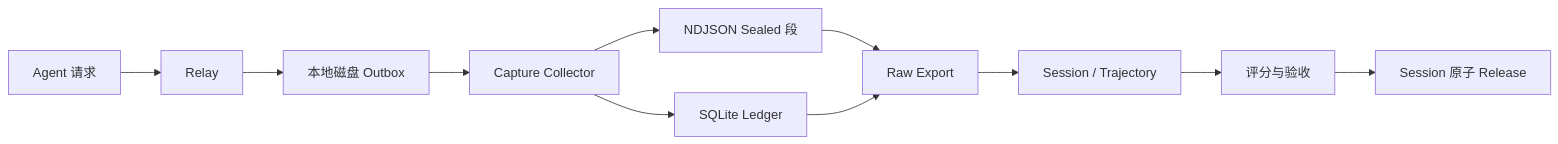
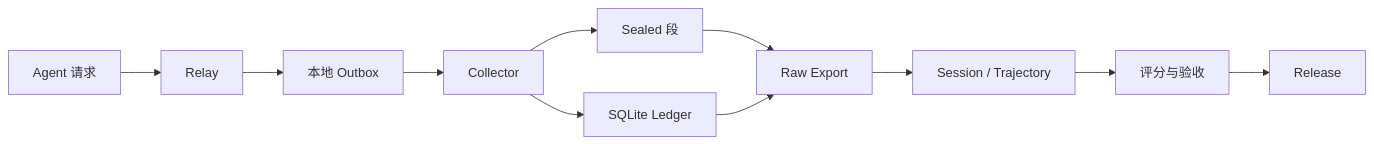
Before and after one commit to XS-MLVP/ChipTrace: the diagram in README.md, drawn with Mermaid. The commit also changed other lines of this file, not shown here.

````diff
--- a/README.md
+++ b/README.md
@@ -31,13 +142,13 @@
 ```mermaid
 flowchart LR
     A[Agent 请求] --> B[Relay]
-    B --> C[本地磁盘 Outbox]
-    C --> D[Capture Collector]
-    D --> E[NDJSON Sealed 段]
+    B --> C[本地 Outbox]
+    C --> D[Collector]
+    D --> E[Sealed 段]
     D --> F[SQLite Ledger]
     E --> G[Raw Export]
     F --> G
     G --> H[Session / Trajectory]
     H --> I[评分与验收]
-    I --> J[Session 原子 Release]
+    I --> J[Release]
 ```
````
